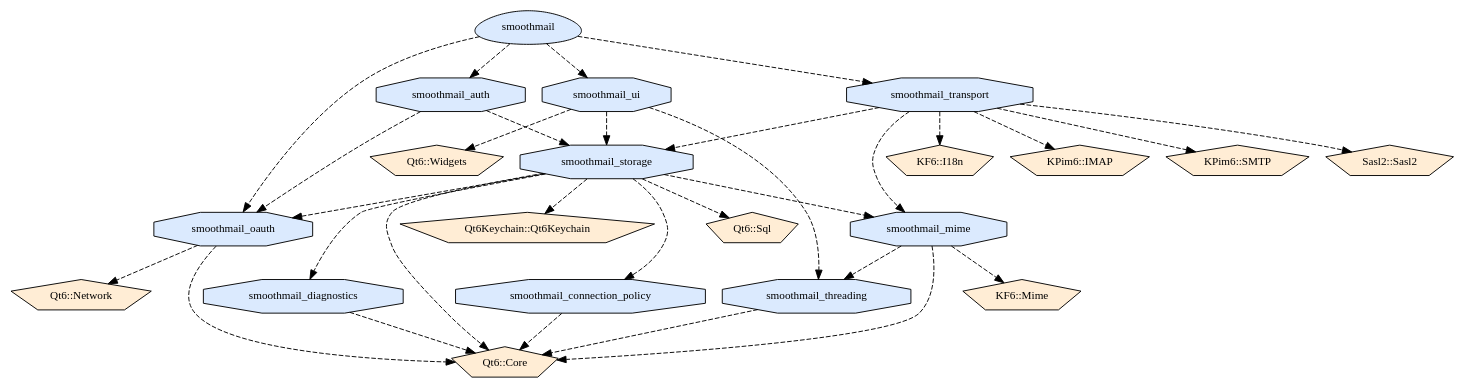
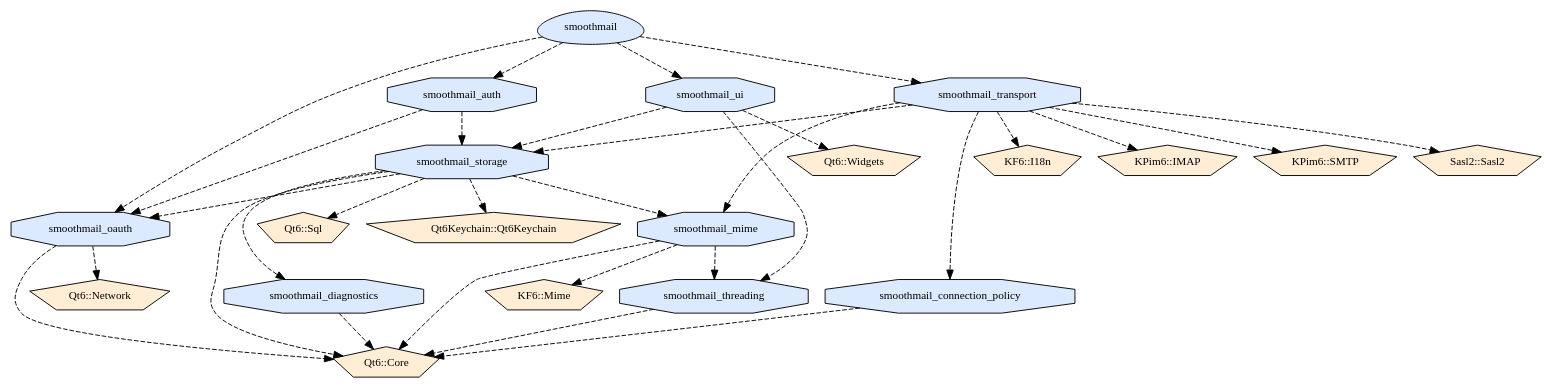
One commit to Kiterai/SmoothMail changed the diagram in docs/dev/architecture/targets.dot. Above: the diagram before and after it, drawn with Graphviz. The commit also changed 36 other files, not shown here.

```diff
--- a/docs/dev/architecture/targets.dot
+++ b/docs/dev/architecture/targets.dot
@@ -1,56 +1,56 @@
 digraph "SmoothMail" {
 node [
   fontsize = "12"
 ];
 
     "node0" [ label = "smoothmail", shape = egg , style=filled, fillcolor="#dbeafe" ];
     "node1" [ label = "smoothmail_auth", shape = octagon , style=filled, fillcolor="#dbeafe" ];
     "node2" [ label = "smoothmail_oauth", shape = octagon , style=filled, fillcolor="#dbeafe" ];
     "node3" [ label = "Qt6::Core", shape = pentagon , style=filled, fillcolor="#ffedd5" ];
     "node2" -> "node3" [ style = dashed ] // smoothmail_oauth -> Qt6::Core
     "node4" [ label = "Qt6::Network", shape = pentagon , style=filled, fillcolor="#ffedd5" ];
     "node2" -> "node4" [ style = dashed ] // smoothmail_oauth -> Qt6::Network
     "node1" -> "node2" [ style = dashed ] // smoothmail_auth -> smoothmail_oauth
     "node5" [ label = "smoothmail_storage", shape = octagon , style=filled, fillcolor="#dbeafe" ];
     "node5" -> "node3" [ style = dashed ] // smoothmail_storage -> Qt6::Core
     "node6" [ label = "Qt6::Sql", shape = pentagon , style=filled, fillcolor="#ffedd5" ];
     "node5" -> "node6" [ style = dashed ] // smoothmail_storage -> Qt6::Sql
     "node7" [ label = "Qt6Keychain::Qt6Keychain", shape = pentagon , style=filled, fillcolor="#ffedd5" ];
     "node5" -> "node7" [ style = dashed ] // smoothmail_storage -> Qt6Keychain::Qt6Keychain
-    "node8" [ label = "smoothmail_connection_policy", shape = octagon , style=filled, fillcolor="#dbeafe" ];
-    "node8" -> "node3" [ style = dashed ] // smoothmail_connection_policy -> Qt6::Core
-    "node5" -> "node8" [ style = dashed ] // smoothmail_storage -> smoothmail_connection_policy
-    "node9" [ label = "smoothmail_diagnostics", shape = octagon , style=filled, fillcolor="#dbeafe" ];
-    "node9" -> "node3" [ style = dashed ] // smoothmail_diagnostics -> Qt6::Core
-    "node5" -> "node9" [ style = dashed ] // smoothmail_storage -> smoothmail_diagnostics
-    "node10" [ label = "smoothmail_mime", shape = octagon , style=filled, fillcolor="#dbeafe" ];
-    "node11" [ label = "KF6::Mime", shape = pentagon , style=filled, fillcolor="#ffedd5" ];
-    "node10" -> "node11" [ style = dashed ] // smoothmail_mime -> KF6::Mime
-    "node10" -> "node3" [ style = dashed ] // smoothmail_mime -> Qt6::Core
-    "node12" [ label = "smoothmail_threading", shape = octagon , style=filled, fillcolor="#dbeafe" ];
-    "node12" -> "node3" [ style = dashed ] // smoothmail_threading -> Qt6::Core
-    "node10" -> "node12" [ style = dashed ] // smoothmail_mime -> smoothmail_threading
-    "node5" -> "node10" [ style = dashed ] // smoothmail_storage -> smoothmail_mime
+    "node8" [ label = "smoothmail_diagnostics", shape = octagon , style=filled, fillcolor="#dbeafe" ];
+    "node8" -> "node3" [ style = dashed ] // smoothmail_diagnostics -> Qt6::Core
+    "node5" -> "node8" [ style = dashed ] // smoothmail_storage -> smoothmail_diagnostics
+    "node9" [ label = "smoothmail_mime", shape = octagon , style=filled, fillcolor="#dbeafe" ];
+    "node10" [ label = "KF6::Mime", shape = pentagon , style=filled, fillcolor="#ffedd5" ];
+    "node9" -> "node10" [ style = dashed ] // smoothmail_mime -> KF6::Mime
+    "node9" -> "node3" [ style = dashed ] // smoothmail_mime -> Qt6::Core
+    "node11" [ label = "smoothmail_threading", shape = octagon , style=filled, fillcolor="#dbeafe" ];
+    "node11" -> "node3" [ style = dashed ] // smoothmail_threading -> Qt6::Core
+    "node9" -> "node11" [ style = dashed ] // smoothmail_mime -> smoothmail_threading
+    "node5" -> "node9" [ style = dashed ] // smoothmail_storage -> smoothmail_mime
     "node5" -> "node2" [ style = dashed ] // smoothmail_storage -> smoothmail_oauth
     "node1" -> "node5" [ style = dashed ] // smoothmail_auth -> smoothmail_storage
     "node0" -> "node1" [ style = dashed ] // smoothmail -> smoothmail_auth
     "node0" -> "node2" [ style = dashed ] // smoothmail -> smoothmail_oauth
-    "node13" [ label = "smoothmail_transport", shape = octagon , style=filled, fillcolor="#dbeafe" ];
-    "node14" [ label = "KF6::I18n", shape = pentagon , style=filled, fillcolor="#ffedd5" ];
-    "node13" -> "node14" [ style = dashed ] // smoothmail_transport -> KF6::I18n
-    "node15" [ label = "KPim6::IMAP", shape = pentagon , style=filled, fillcolor="#ffedd5" ];
-    "node13" -> "node15" [ style = dashed ] // smoothmail_transport -> KPim6::IMAP
-    "node16" [ label = "KPim6::SMTP", shape = pentagon , style=filled, fillcolor="#ffedd5" ];
-    "node13" -> "node16" [ style = dashed ] // smoothmail_transport -> KPim6::SMTP
-    "node17" [ label = "Sasl2::Sasl2", shape = pentagon , style=filled, fillcolor="#ffedd5" ];
-    "node13" -> "node17" [ style = dashed ] // smoothmail_transport -> Sasl2::Sasl2
-    "node13" -> "node10" [ style = dashed ] // smoothmail_transport -> smoothmail_mime
-    "node13" -> "node5" [ style = dashed ] // smoothmail_transport -> smoothmail_storage
-    "node0" -> "node13" [ style = dashed ] // smoothmail -> smoothmail_transport
+    "node12" [ label = "smoothmail_transport", shape = octagon , style=filled, fillcolor="#dbeafe" ];
+    "node13" [ label = "KF6::I18n", shape = pentagon , style=filled, fillcolor="#ffedd5" ];
+    "node12" -> "node13" [ style = dashed ] // smoothmail_transport -> KF6::I18n
+    "node14" [ label = "KPim6::IMAP", shape = pentagon , style=filled, fillcolor="#ffedd5" ];
+    "node12" -> "node14" [ style = dashed ] // smoothmail_transport -> KPim6::IMAP
+    "node15" [ label = "KPim6::SMTP", shape = pentagon , style=filled, fillcolor="#ffedd5" ];
+    "node12" -> "node15" [ style = dashed ] // smoothmail_transport -> KPim6::SMTP
+    "node16" [ label = "Sasl2::Sasl2", shape = pentagon , style=filled, fillcolor="#ffedd5" ];
+    "node12" -> "node16" [ style = dashed ] // smoothmail_transport -> Sasl2::Sasl2
+    "node17" [ label = "smoothmail_connection_policy", shape = octagon , style=filled, fillcolor="#dbeafe" ];
+    "node17" -> "node3" [ style = dashed ] // smoothmail_connection_policy -> Qt6::Core
+    "node12" -> "node17" [ style = dashed ] // smoothmail_transport -> smoothmail_connection_policy
+    "node12" -> "node9" [ style = dashed ] // smoothmail_transport -> smoothmail_mime
+    "node12" -> "node5" [ style = dashed ] // smoothmail_transport -> smoothmail_storage
+    "node0" -> "node12" [ style = dashed ] // smoothmail -> smoothmail_transport
     "node18" [ label = "smoothmail_ui", shape = octagon , style=filled, fillcolor="#dbeafe" ];
     "node19" [ label = "Qt6::Widgets", shape = pentagon , style=filled, fillcolor="#ffedd5" ];
     "node18" -> "node19" [ style = dashed ] // smoothmail_ui -> Qt6::Widgets
     "node18" -> "node5" [ style = dashed ] // smoothmail_ui -> smoothmail_storage
-    "node18" -> "node12" [ style = dashed ] // smoothmail_ui -> smoothmail_threading
+    "node18" -> "node11" [ style = dashed ] // smoothmail_ui -> smoothmail_threading
     "node0" -> "node18" [ style = dashed ] // smoothmail -> smoothmail_ui
 }
```
